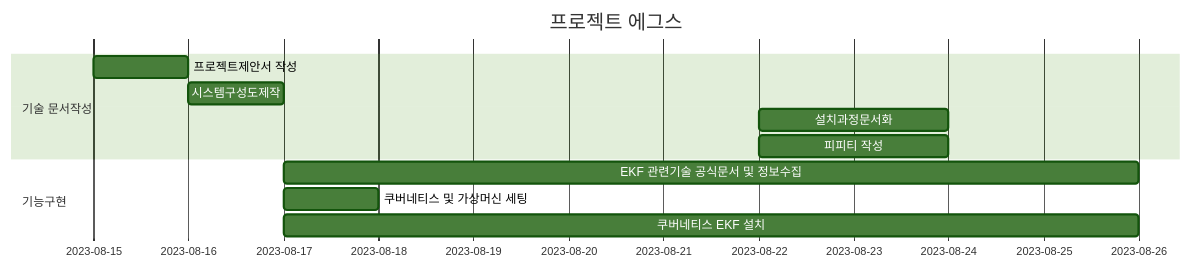
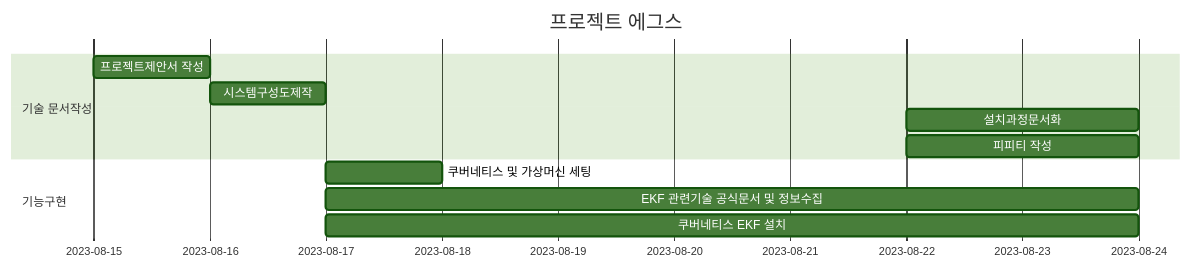
The diagram in README.md (minjunkim5876/project_eggs), drawn with Mermaid (forest theme) before and after one commit.

Commit message:
ㅇㅇ

````diff
--- a/README.md
+++ b/README.md
@@ -4,15 +4,15 @@
 ```mermaid
 gantt
     title 프로젝트 에그스
     dateFormat  YYYY-MM-DD
     section 기술 문서작성
     프로젝트제안서 작성  : a1, 2023-8-15, 1d
     시스템구성도제작  : 2023-8-16, 1d
     설치과정문서화 : 2023-8-22, 2d
     피피티 작성 : 2023-8-22, 2d
 
     section 기능구현
-    EKF 관련기술 공식문서 및 정보수집     : 2023-8-17  , 9d
     쿠버네티스 및 가상머신 세팅 : 2023-8-17,  1d
-    쿠버네티스 EKF 설치 : 2023-8-17  , 9d
+    EKF 관련기술 공식문서 및 정보수집     : 2023-8-17  , 7d
+    쿠버네티스 EKF 설치 : 2023-8-17  , 7d
 ```
````
